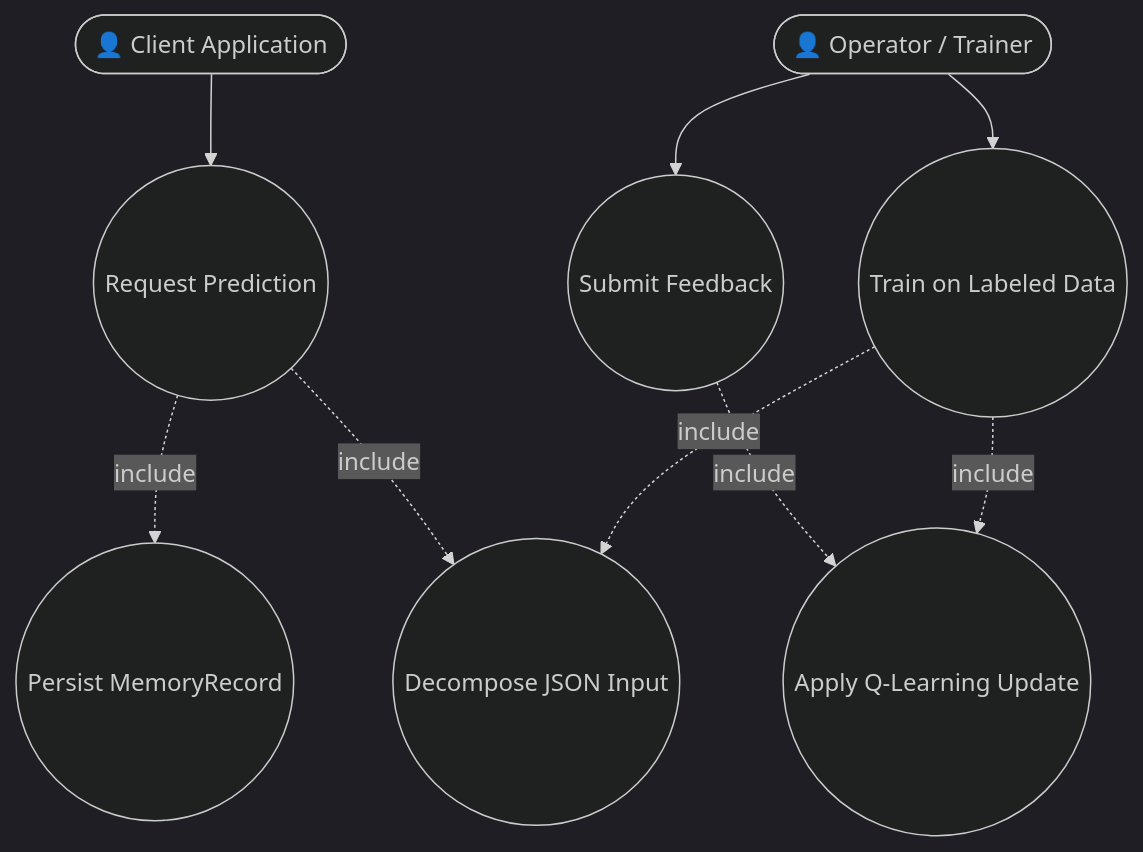
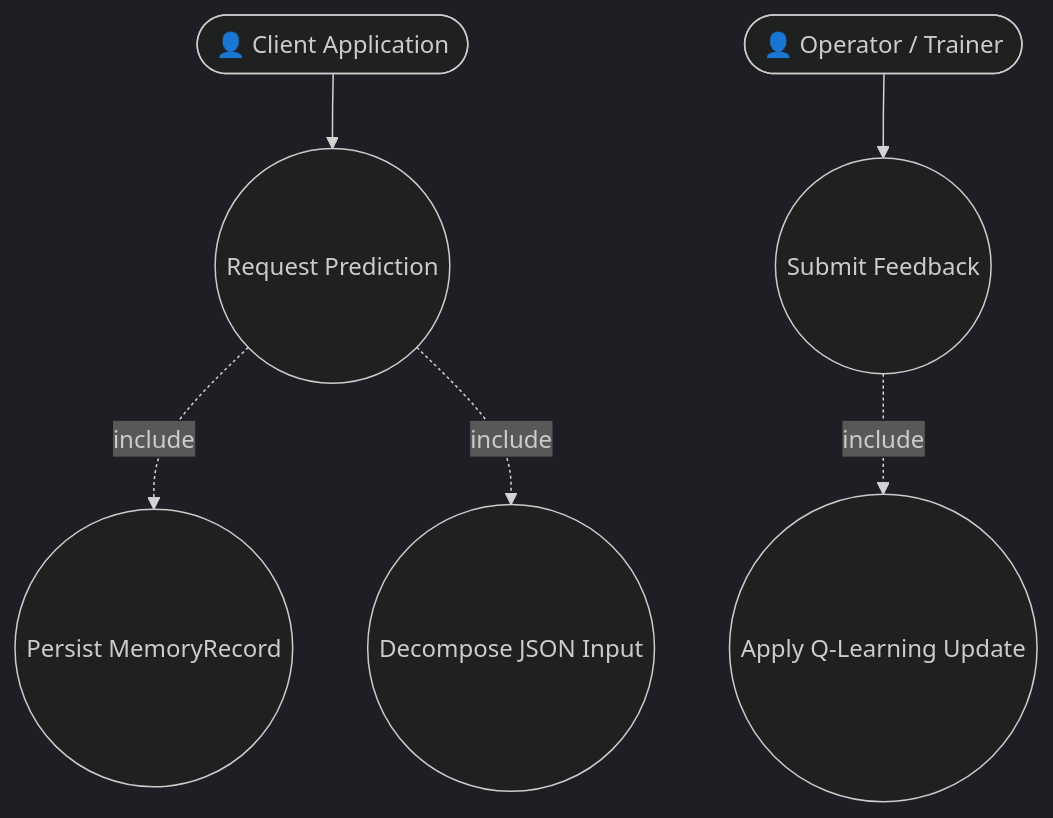
One commit to brandonkindred/Deepthought changed the third of 5 diagrams in docs/reinforcement-learning-endpoints.md. Above: the diagram before and after it, drawn with Mermaid (dark theme). The commit also changed other lines of this file, not shown here.

First line of the commit message:
docs: correct /rl/train description and /rl/learn unknown-token behavior

````diff
--- a/docs/reinforcement-learning-endpoints.md
+++ b/docs/reinforcement-learning-endpoints.md
@@ -135,22 +139,18 @@
 ```mermaid
 flowchart TB
     Client(["👤 Client Application"])
     Operator(["👤 Operator / Trainer"])
 
     UC1(("Request Prediction"))
     UC2(("Submit Feedback"))
-    UC3(("Train on Labeled Data"))
     UC4(("Persist MemoryRecord"))
     UC5(("Apply Q-Learning Update"))
     UC6(("Decompose JSON Input"))
 
     Client --> UC1
     Operator --> UC2
-    Operator --> UC3
 
     UC1 -. include .-> UC4
     UC1 -. include .-> UC6
     UC2 -. include .-> UC5
-    UC3 -. include .-> UC5
-    UC3 -. include .-> UC6
 ```
````
